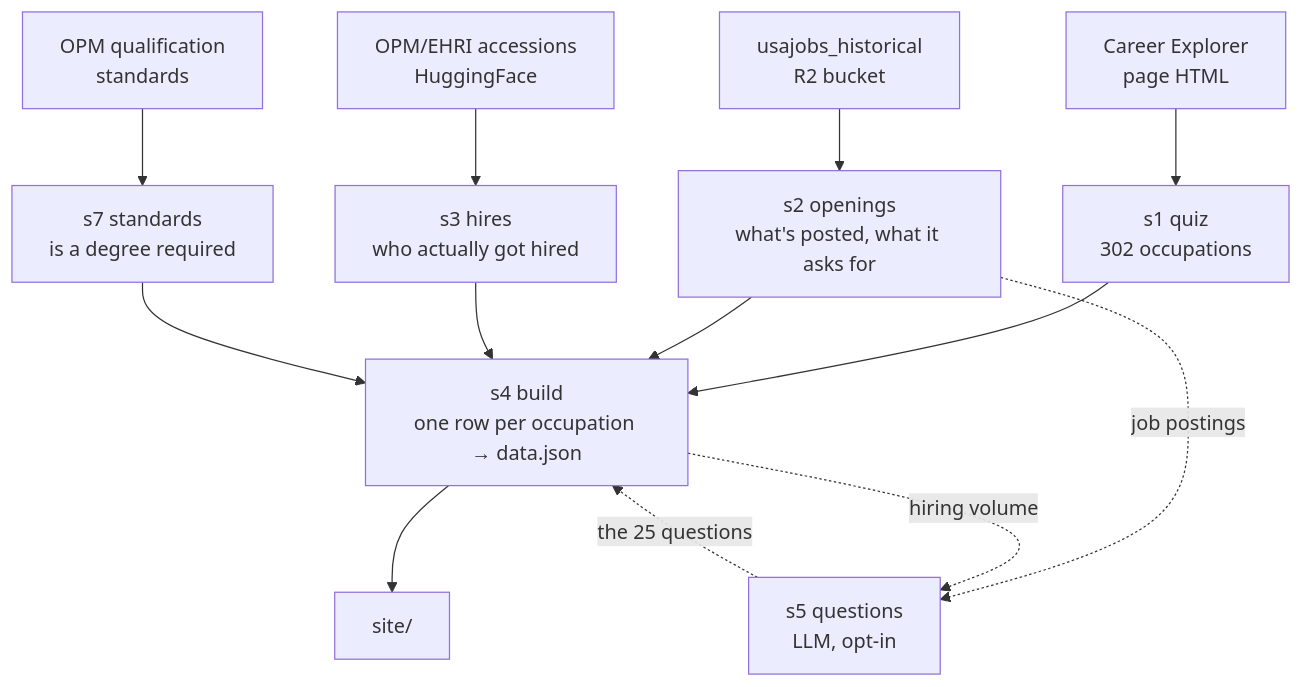
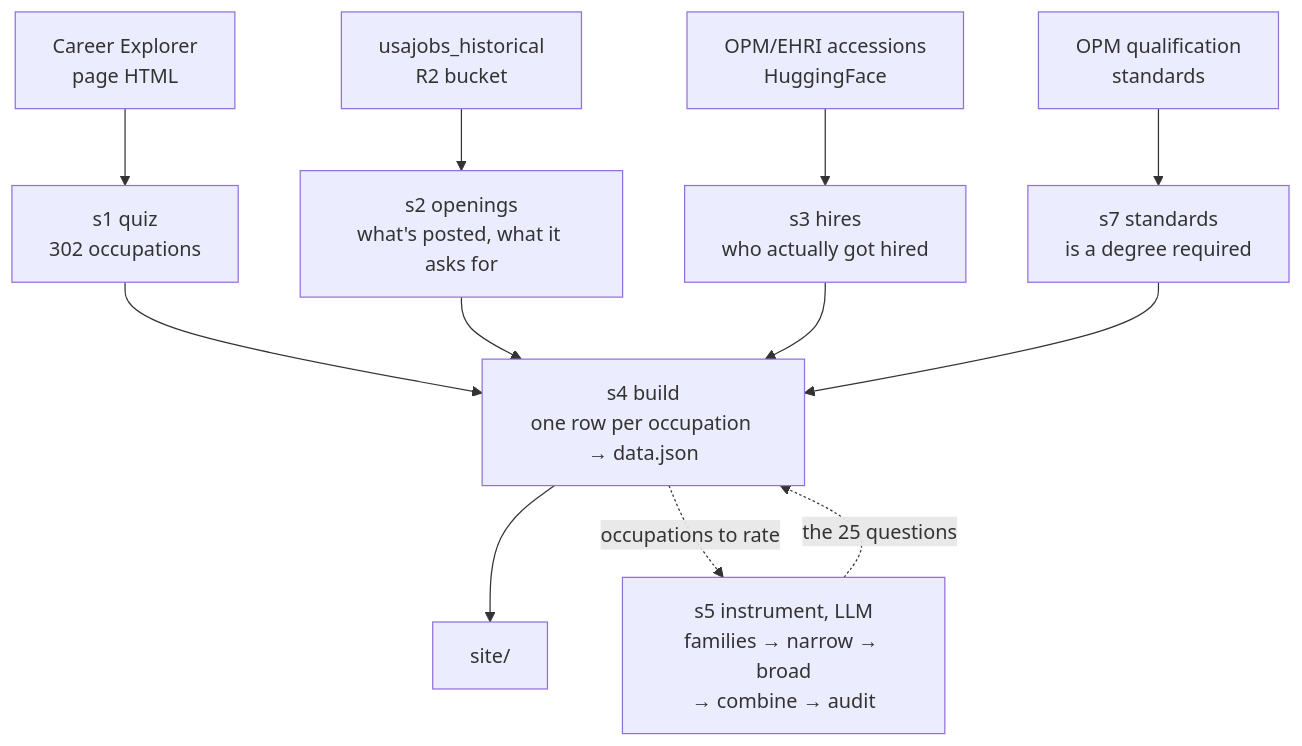
Before and after one commit to abigailhaddad/usajobs-career-explorer: the diagram in README.md, drawn with Mermaid. The commit also changed other lines of this file and 32 other files, not shown here.

````diff
--- a/README.md
+++ b/README.md
@@ -34,18 +41,17 @@
 ```mermaid
 flowchart TD
     CE[Career Explorer<br/>page HTML] --> S1
     R2[usajobs_historical<br/>R2 bucket] --> S2
     HF[OPM/EHRI accessions<br/>HuggingFace] --> S3
     STD[OPM qualification<br/>standards] --> S7
 
     S1[s1 quiz<br/>302 occupations] --> S4
     S2[s2 openings<br/>what's posted, what it asks for] --> S4
     S3[s3 hires<br/>who actually got hired] --> S4
     S7[s7 standards<br/>is a degree required] --> S4
 
     S4[s4 build<br/>one row per occupation → data.json] --> SITE[site/]
 
-    S2 -.job postings.-> S5[s5 questions<br/>LLM, opt-in]
-    S4 -.hiring volume.-> S5
-    S5 -.the 25 questions.-> S4
+    S4 -.occupations to rate.-> S5
+    S5[s5 instrument, LLM<br/>families → narrow → broad<br/>→ combine → audit] -.the 25 questions.-> S4
 ```
````
